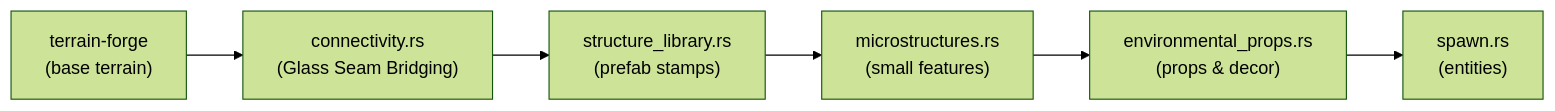
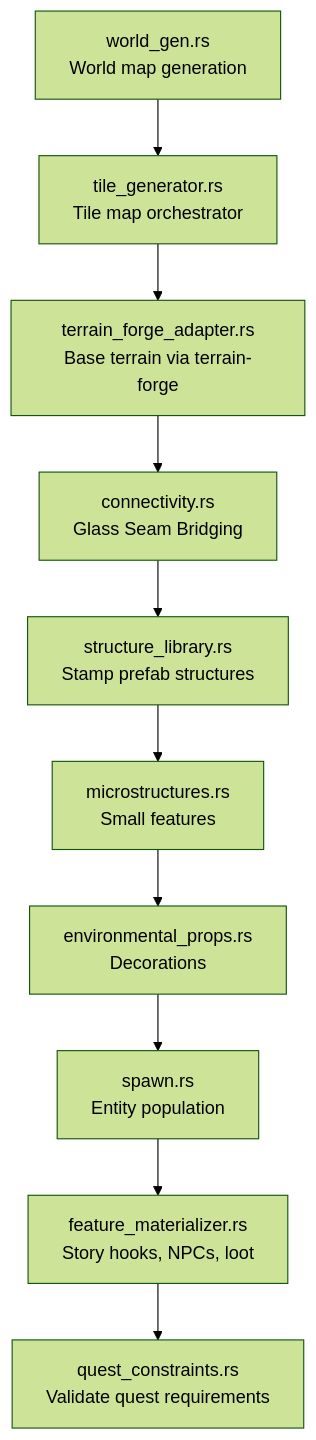
Before and after one commit to EliasVahlberg/saltglass-steppe: the fourth of 6 diagrams in .agents/summary/architecture.md, drawn with Mermaid (forest theme). The commit also changed other lines of this file and 16 other files, not shown here.

````diff
--- a/.agents/summary/architecture.md
+++ b/.agents/summary/architecture.md
@@ -95,8 +133,12 @@
 ```mermaid
-graph LR
-    A["terrain-forge<br/>(base terrain)"] --> B["connectivity.rs<br/>(Glass Seam Bridging)"]
-    B --> C["structure_library.rs<br/>(prefab stamps)"]
-    C --> D["microstructures.rs<br/>(small features)"]
-    D --> E["environmental_props.rs<br/>(props & decor)"]
-    E --> F["spawn.rs<br/>(entities)"]
+graph TB
+    WG["world_gen.rs<br/>World map generation"] --> TG["tile_generator.rs<br/>Tile map orchestrator"]
+    TG --> TFA["terrain_forge_adapter.rs<br/>Base terrain via terrain-forge"]
+    TFA --> CON["connectivity.rs<br/>Glass Seam Bridging"]
+    CON --> SL["structure_library.rs<br/>Stamp prefab structures"]
+    SL --> MS["microstructures.rs<br/>Small features"]
+    MS --> EP["environmental_props.rs<br/>Decorations"]
+    EP --> SP["spawn.rs<br/>Entity population"]
+    SP --> FM["feature_materializer.rs<br/>Story hooks, NPCs, loot"]
+    FM --> QC["quest_constraints.rs<br/>Validate quest requirements"]
 ```
````
